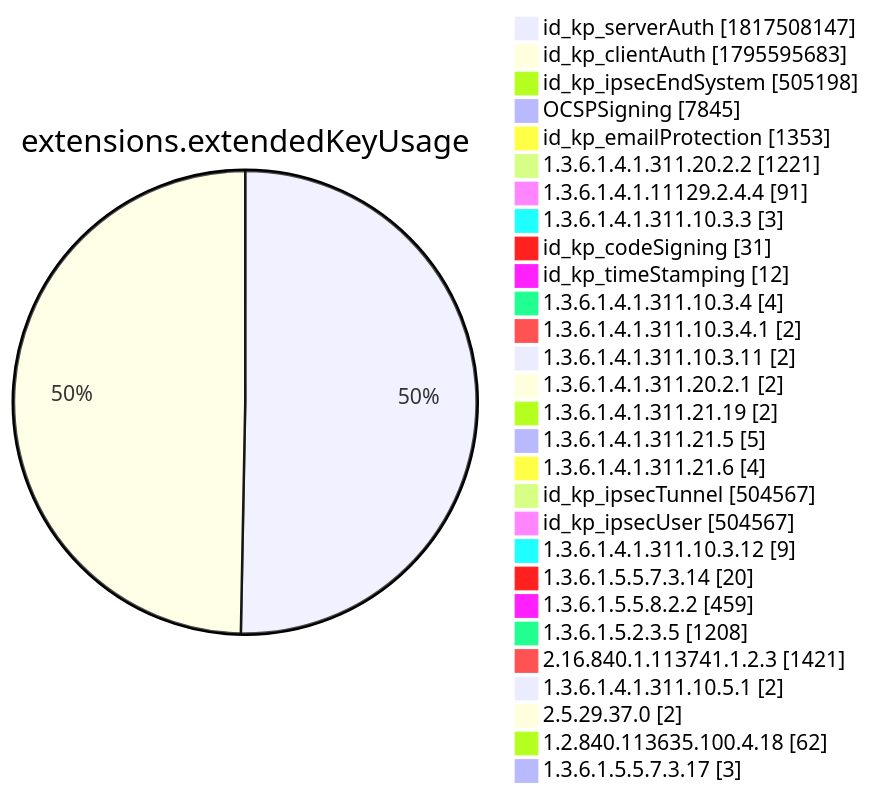
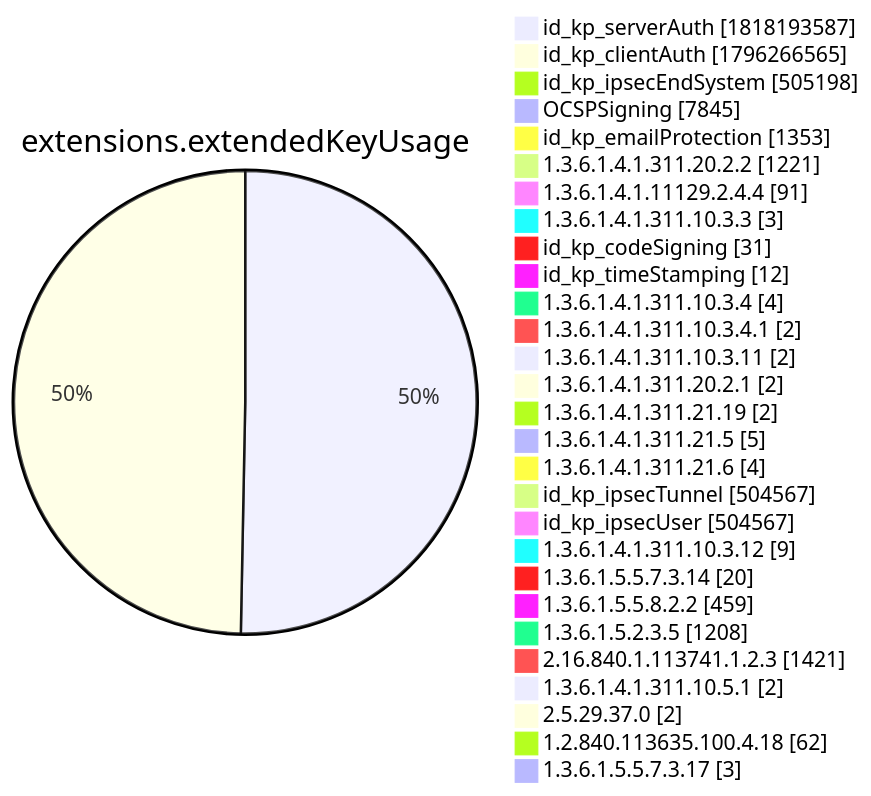
Before and after one commit to christiankrug/ctmonitor_visualization: diagram 12 of 15 in xenon2022/README.md, drawn with Mermaid. The commit also changed other lines of this file, not shown here.

````diff
--- a/xenon2022/README.md
+++ b/xenon2022/README.md
@@ -3895,32 +3895,32 @@
 ```mermaid
 pie showData
 title extensions.extendedKeyUsage
-"id_kp_serverAuth" :1817508147
-"id_kp_clientAuth" :1795595683
+"id_kp_serverAuth" :1818193587
+"id_kp_clientAuth" :1796266565
 "id_kp_ipsecEndSystem" :505198
 "OCSPSigning" :7845
 "id_kp_emailProtection" :1353
 "1.3.6.1.4.1.311.20.2.2" :1221
 "1.3.6.1.4.1.11129.2.4.4" :91
 "1.3.6.1.4.1.311.10.3.3" :3
 "id_kp_codeSigning" :31
 "id_kp_timeStamping" :12
 "1.3.6.1.4.1.311.10.3.4" :4
 "1.3.6.1.4.1.311.10.3.4.1" :2
 "1.3.6.1.4.1.311.10.3.11" :2
 "1.3.6.1.4.1.311.20.2.1" :2
 "1.3.6.1.4.1.311.21.19" :2
 "1.3.6.1.4.1.311.21.5" :5
 "1.3.6.1.4.1.311.21.6" :4
 "id_kp_ipsecTunnel" :504567
 "id_kp_ipsecUser" :504567
 "1.3.6.1.4.1.311.10.3.12" :9
 "1.3.6.1.5.5.7.3.14" :20
 "1.3.6.1.5.5.8.2.2" :459
 "1.3.6.1.5.2.3.5" :1208
 "2.16.840.1.113741.1.2.3" :1421
 "1.3.6.1.4.1.311.10.5.1" :2
 "2.5.29.37.0" :2
 "1.2.840.113635.100.4.18" :62
 "1.3.6.1.5.5.7.3.17" :3
 ```
````
